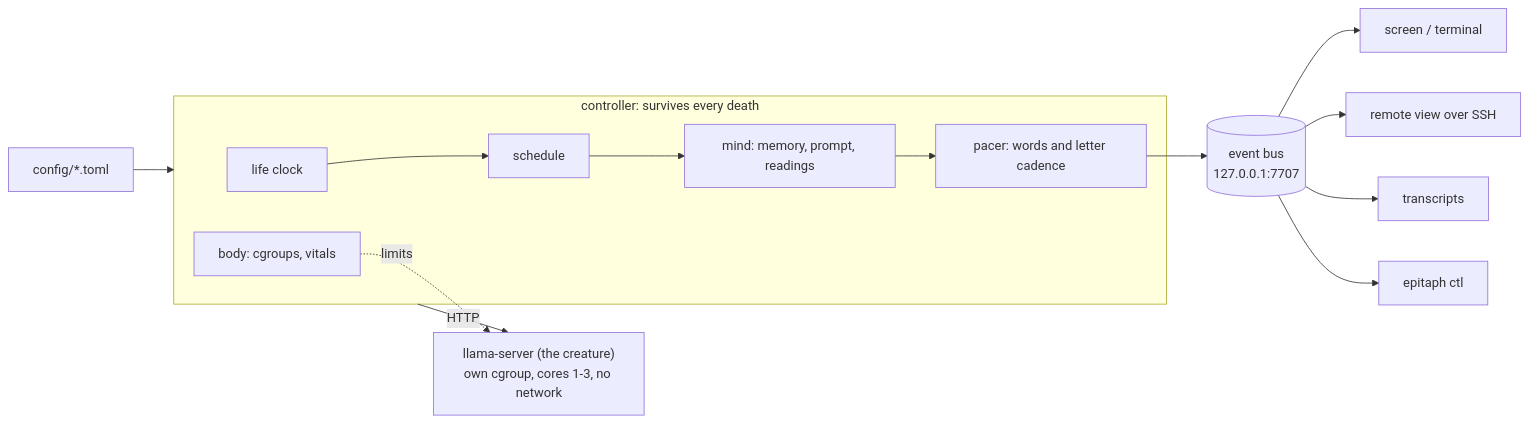
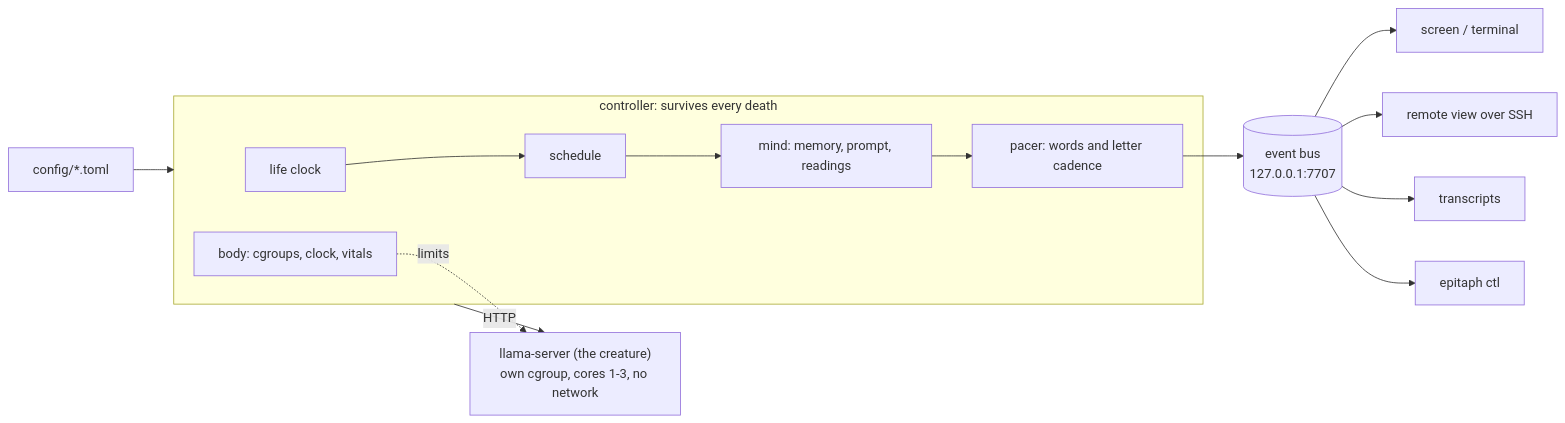
Before and after one commit to yannickYamo/epitaph: the diagram in README.md, drawn with Mermaid. The commit also changed other lines of this file and 9 other files, not shown here.

````diff
--- a/README.md
+++ b/README.md
@@ -89,17 +94,17 @@
 ```mermaid
 flowchart LR
     cfg[config/*.toml] --> ctl
     subgraph ctl [controller: survives every death]
         clock[life clock] --> sched[schedule]
         sched --> mind[mind: memory, prompt, readings]
         mind --> pace[pacer: words and letter cadence]
-        body[body: cgroups, vitals]
+        body[body: cgroups, clock, vitals]
     end
     ctl -- HTTP --> creature["llama-server (the creature)<br>own cgroup, cores 1-3, no network"]
     body -. limits .-> creature
     pace --> bus[("event bus<br>127.0.0.1:7707")]
     bus --> disp[screen / terminal]
     bus --> remote[remote view over SSH]
     bus --> tx[transcripts]
     bus --> ctlcmd[epitaph ctl]
 ```
````
